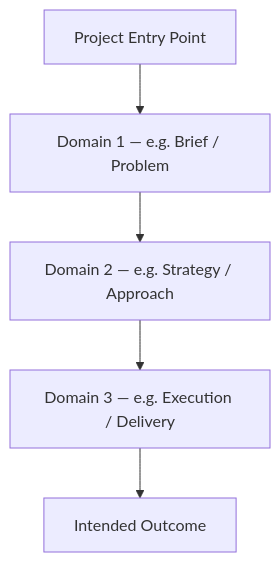
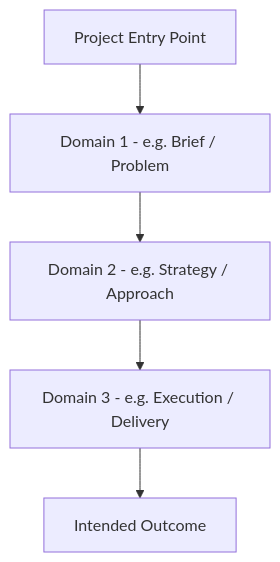
The diagram in .claude/skills/project-x-ray/SKILL.md (TABARC-Code/skills--tweaked), drawn with Mermaid before and after one commit. The commit also changed other lines of this file and 6 other files, not shown here.

````diff
--- a/.claude/skills/project-x-ray/SKILL.md
+++ b/.claude/skills/project-x-ray/SKILL.md
@@ -718,13 +718,13 @@
 ```mermaid
 flowchart TD
     Entry[Project Entry Point]
-    Domain1[Domain 1 — e.g. Brief / Problem]
-    Domain2[Domain 2 — e.g. Strategy / Approach]
-    Domain3[Domain 3 — e.g. Execution / Delivery]
+    Domain1[Domain 1 - e.g. Brief / Problem]
+    Domain2[Domain 2 - e.g. Strategy / Approach]
+    Domain3[Domain 3 - e.g. Execution / Delivery]
     Outcome[Intended Outcome]
 
     Entry --> Domain1
     Domain1 --> Domain2
     Domain2 --> Domain3
     Domain3 --> Outcome
 ```
````
